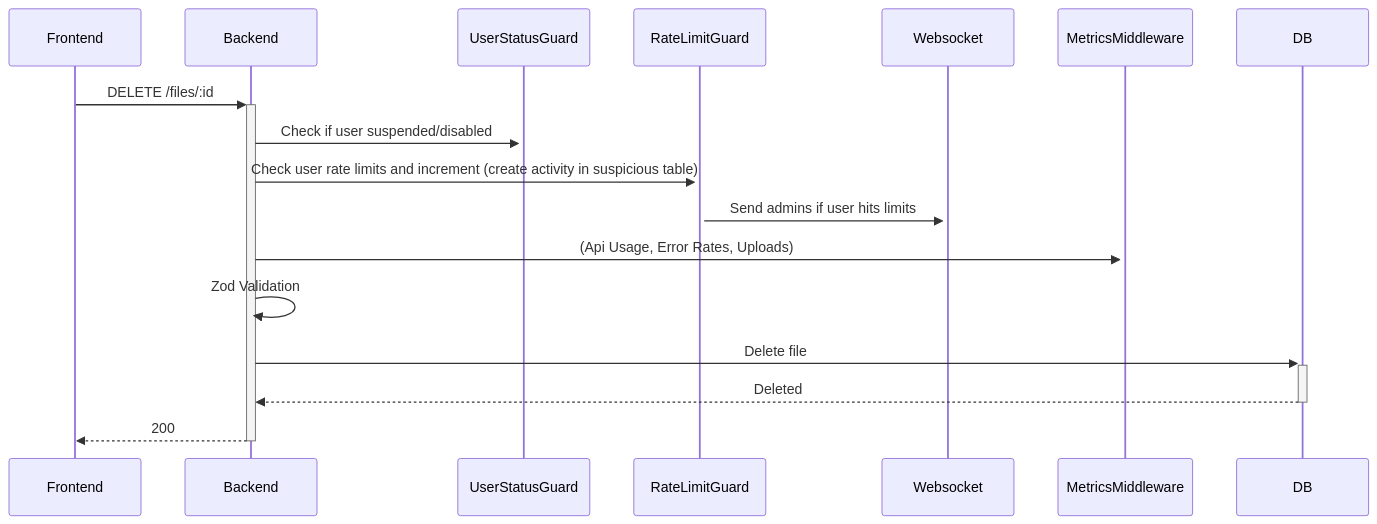
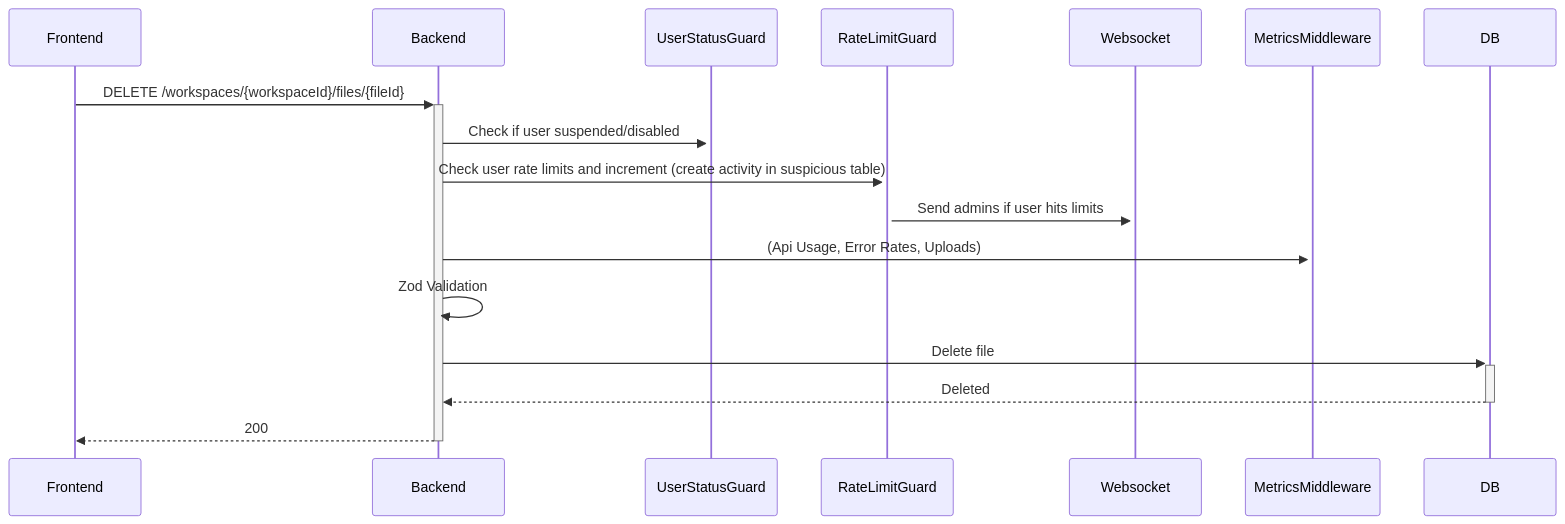
One commit to Xayrulloh/Feedback-Sentiment changed diagram 16 of 33 in README.md. Above: the diagram before and after it, drawn with Mermaid. The commit also changed other lines of this file, not shown here.

````diff
--- a/README.md
+++ b/README.md
@@ -318,12 +416,12 @@
 ```mermaid
 sequenceDiagram
-    Frontend->>+Backend: DELETE /files/:id
+    Frontend->>+Backend: DELETE /workspaces/{workspaceId}/files/{fileId}
     Backend->>+UserStatusGuard: Check if user suspended/disabled
     Backend->>+RateLimitGuard: Check user rate limits and increment (create activity in suspicious table)
     RateLimitGuard->>+Websocket: Send admins if user hits limits
     Backend->>+MetricsMiddleware: (Api Usage, Error Rates, Uploads)
     Backend->>Backend: Zod Validation
     Backend->>+DB: Delete file
     DB-->>-Backend: Deleted
     Backend-->>-Frontend: 200
 ```
````
